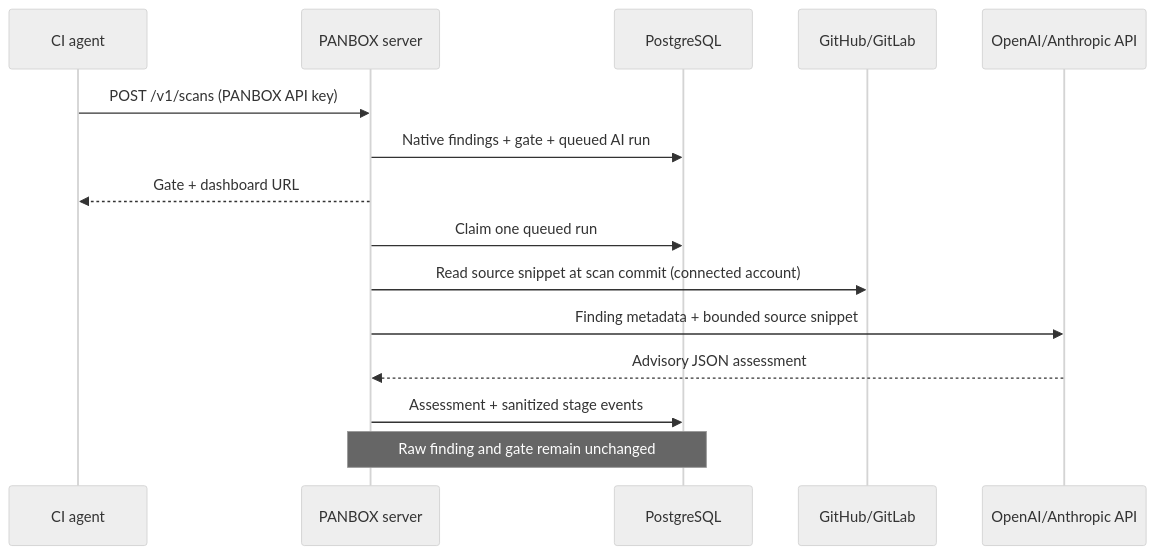
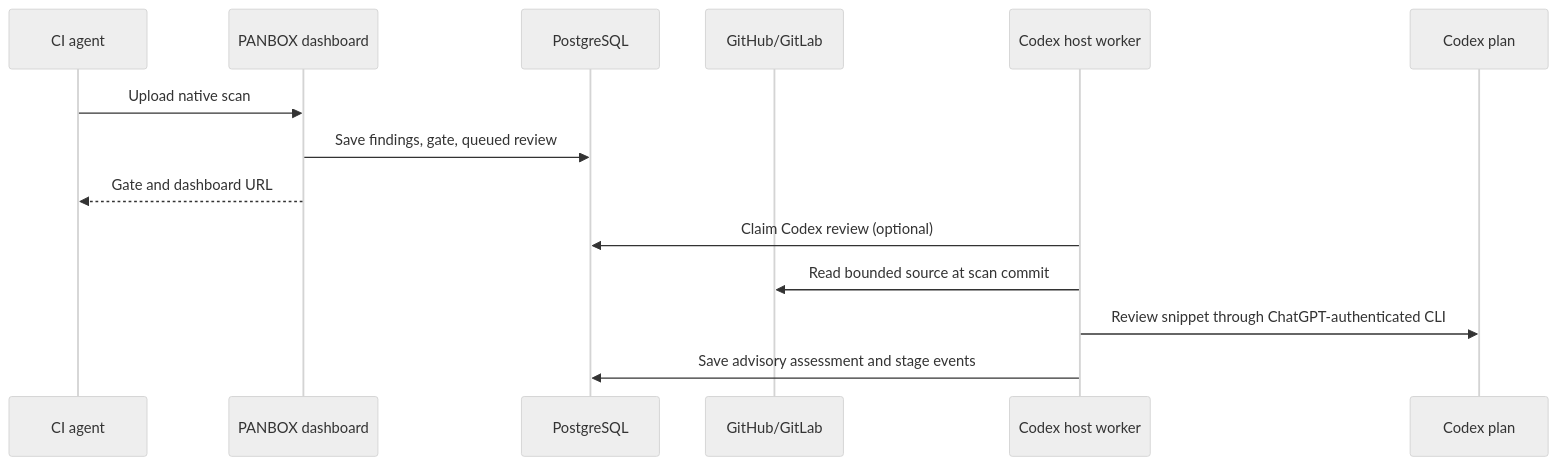
One commit to alterwriter/PANBOX changed the diagram in docs/ai-review.md. Above: the diagram before and after it, drawn with Mermaid (neutral theme). The commit also changed other lines of this file and 21 other files, not shown here.

Commit message:
Add ChatGPT-authenticated Codex host review worker and plugin

````diff
--- a/docs/ai-review.md
+++ b/docs/ai-review.md
@@ -5,17 +5,16 @@
 ```mermaid
 sequenceDiagram
   participant CI as CI agent
-  participant API as PANBOX server
+  participant PANBOX as PANBOX dashboard
   participant DB as PostgreSQL
   participant SCM as GitHub/GitLab
-  participant AI as OpenAI/Anthropic API
-  CI->>API: POST /v1/scans (PANBOX API key)
-  API->>DB: Native findings + gate + queued AI run
-  API-->>CI: Gate + dashboard URL
-  API->>DB: Claim one queued run
-  API->>SCM: Read source snippet at scan commit (connected account)
-  API->>AI: Finding metadata + bounded source snippet
-  AI-->>API: Advisory JSON assessment
-  API->>DB: Assessment + sanitized stage events
-  Note over API,DB: Raw finding and gate remain unchanged
+  participant Worker as Codex host worker
+  participant Codex as Codex plan
+  CI->>PANBOX: Upload native scan
+  PANBOX->>DB: Save findings, gate, queued review
+  PANBOX-->>CI: Gate and dashboard URL
+  Worker->>DB: Claim Codex review (optional)
+  Worker->>SCM: Read bounded source at scan commit
+  Worker->>Codex: Review snippet through ChatGPT-authenticated CLI
+  Worker->>DB: Save advisory assessment and stage events
 ```
````
